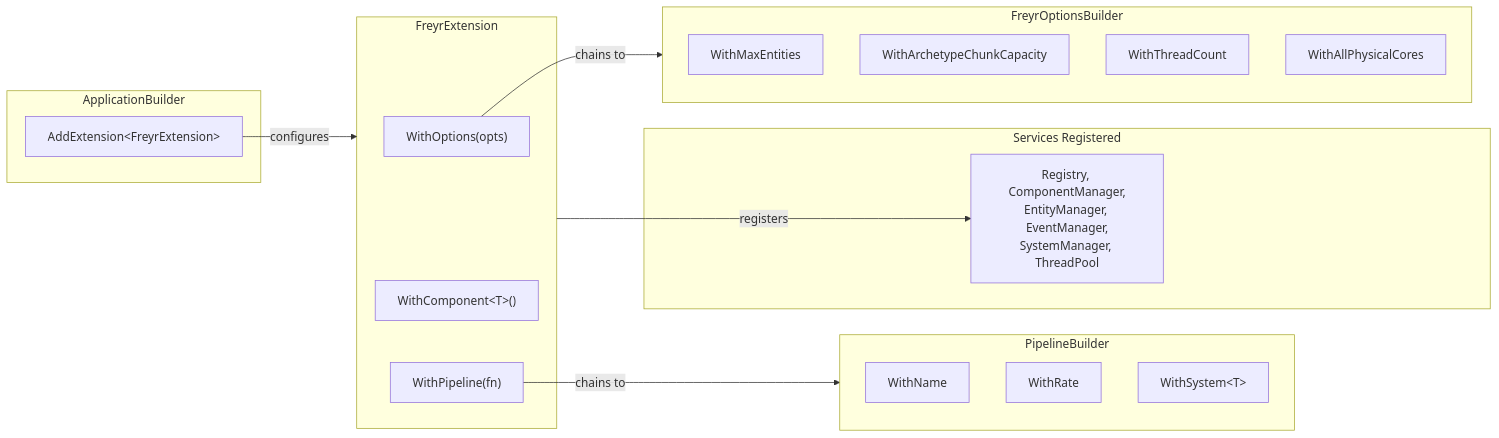
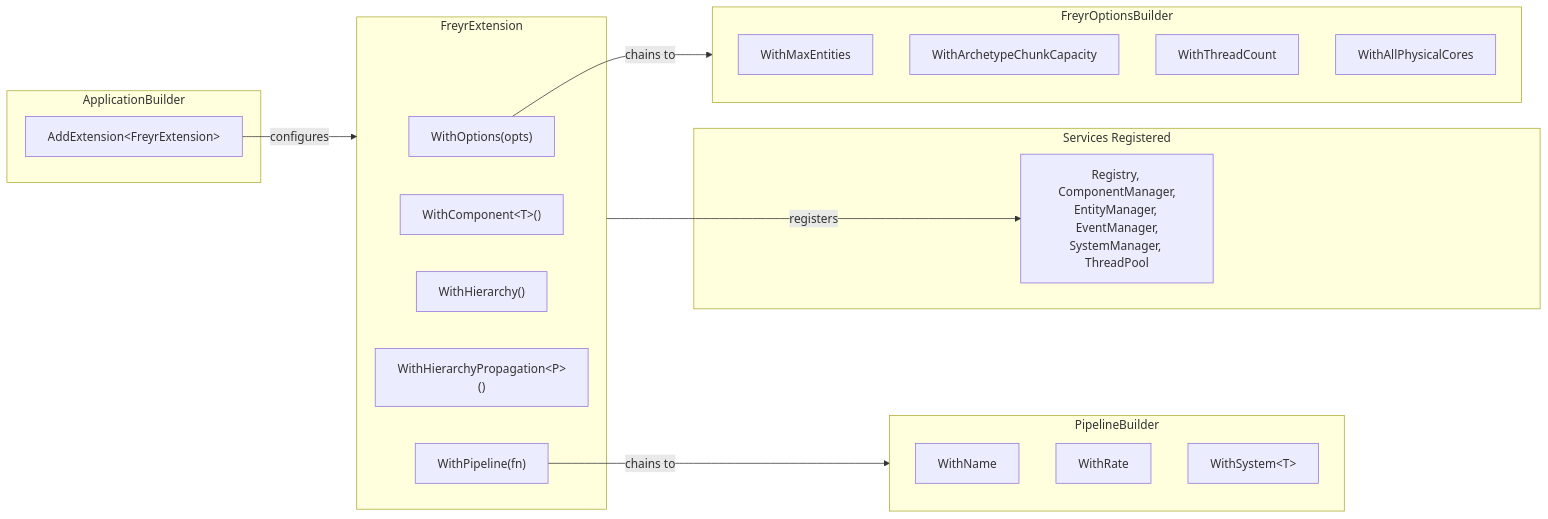
One commit to gilmar-sales/Freyr changed the diagram in docs/api/extension.md. Above: the diagram before and after it, drawn with Mermaid. The commit also changed other lines of this file and 26 other files, not shown here.

````diff
--- a/docs/api/extension.md
+++ b/docs/api/extension.md
@@ -39,34 +39,36 @@
 ```mermaid
 graph LR
     subgraph AppBuilder["ApplicationBuilder"]
         ADD["AddExtension&lt;FreyrExtension&gt;"]
     end
 
     subgraph FreyrExt["FreyrExtension"]
         WO["WithOptions(opts)"]
         WC["WithComponent&lt;T&gt;()"]
+        WH["WithHierarchy()"]
+        WHP["WithHierarchyPropagation&lt;P&gt;()"]
         WP["WithPipeline(fn)"]
     end
 
     subgraph Options["FreyrOptionsBuilder"]
         MAX["WithMaxEntities"]
         CHUNK["WithArchetypeChunkCapacity"]
         THREAD["WithThreadCount"]
         CORES["WithAllPhysicalCores"]
     end
 
     subgraph Pipe["PipelineBuilder"]
         NAME["WithName"]
         RATE["WithRate"]
         WS["WithSystem&lt;T&gt;"]
     end
 
     subgraph Services["Services Registered"]
         SVC["Registry, ComponentManager,<br/>EntityManager, EventManager,<br/>SystemManager, ThreadPool"]
     end
 
     ADD -->|configures| FreyrExt
     WO -->|chains to| Options
     WP -->|chains to| Pipe
     FreyrExt -->|registers| SVC
 ```
````
